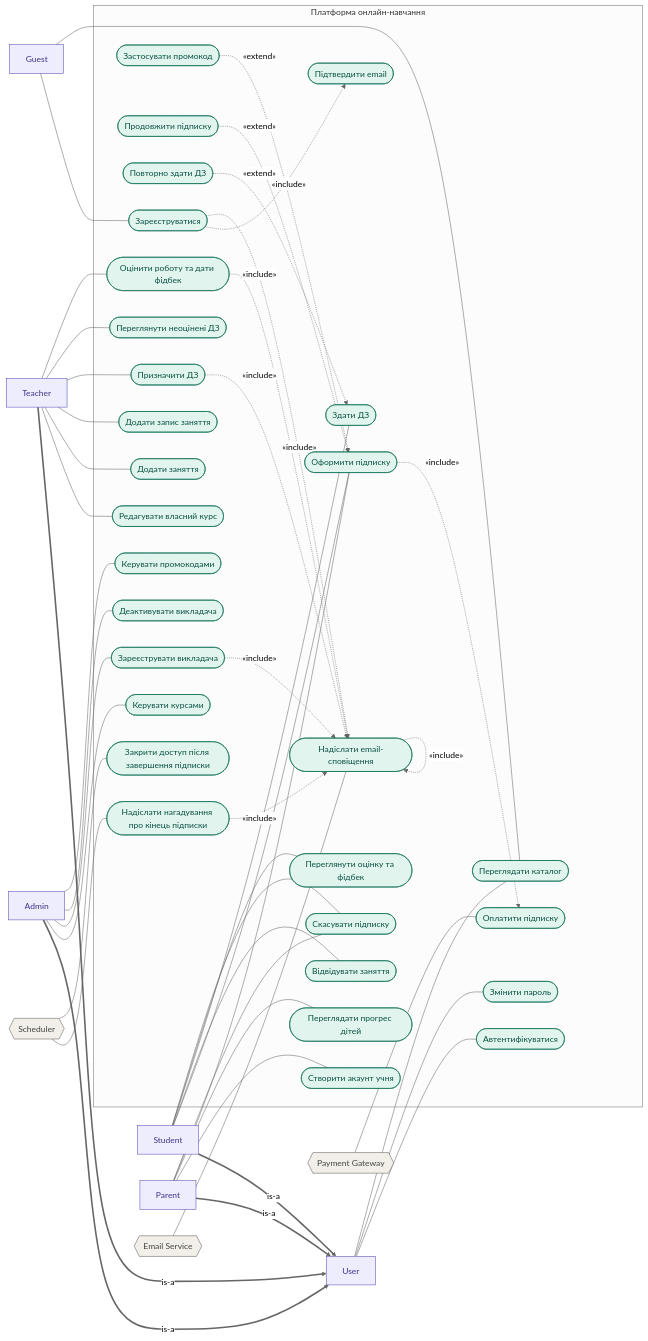
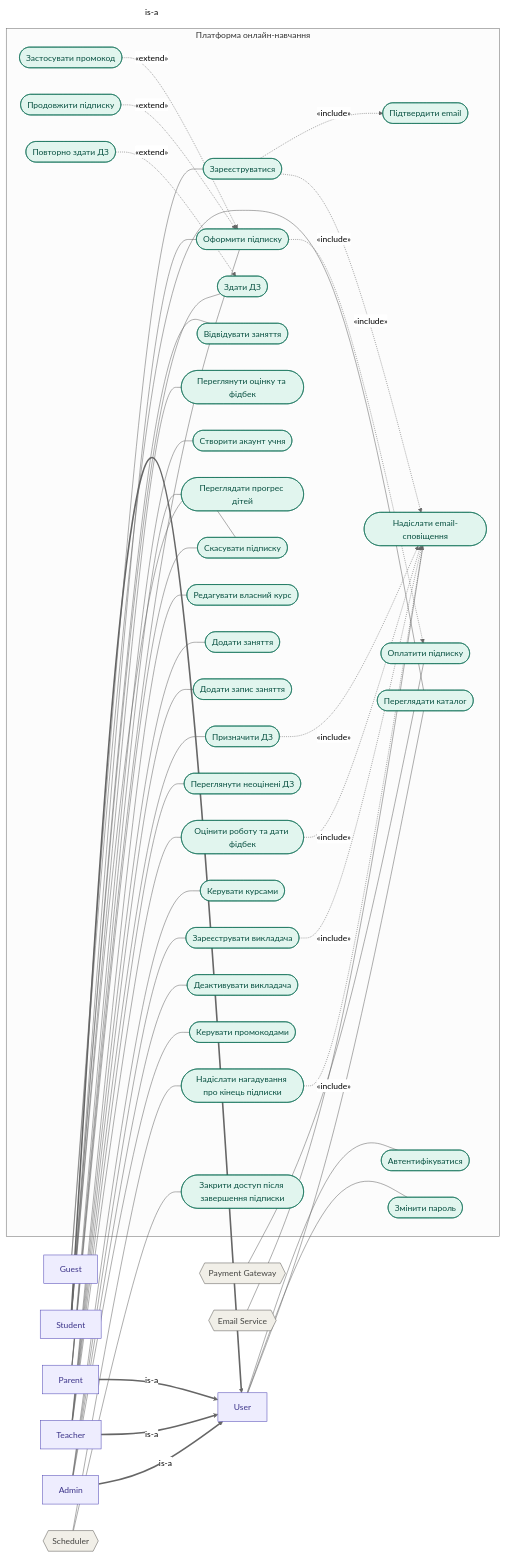
Before and after one commit to grmaryna/MathHub: the diagram in Use Cases/use-case-diagram.mmd, drawn with Mermaid (neutral theme). The commit also changed 3 other files, not shown here.

```diff
--- a/Use Cases/use-case-diagram.mmd
+++ b/Use Cases/use-case-diagram.mmd
@@ -1,97 +1,96 @@
 flowchart LR
   U["User"]:::human
   G["Guest"]:::human
   S["Student"]:::human
   P["Parent"]:::human
   T["Teacher"]:::human
   A["Admin"]:::human
   PG{{"Payment Gateway"}}:::system
   ES{{"Email Service"}}:::system
   SCH{{"Scheduler"}}:::system
 
   S -->|"is-a"| U
   P -->|"is-a"| U
   T -->|"is-a"| U
   A -->|"is-a"| U
 
   subgraph SYS["Платформа онлайн-навчання"]
     UC1(["Зареєструватися"]):::uc
     UC2(["Підтвердити email"]):::uc
     UC3(["Автентифікуватися"]):::uc
     UC4(["Змінити пароль"]):::uc
     UC5(["Створити акаунт учня"]):::uc
     UC6(["Переглядати прогрес дітей"]):::uc
     UC7(["Оформити підписку"]):::uc
     UC8(["Оплатити підписку"]):::uc
     UC9(["Застосувати промокод"]):::uc
     UC10(["Продовжити підписку"]):::uc
     UC11(["Відвідувати заняття"]):::uc
     UC12(["Здати ДЗ"]):::uc
     UC13(["Повторно здати ДЗ"]):::uc
     UC14(["Переглянути оцінку та фідбек"]):::uc
     UC15(["Редагувати власний курс"]):::uc
     UC16(["Додати заняття"]):::uc
     UC17(["Додати запис заняття"]):::uc
     UC18(["Призначити ДЗ"]):::uc
     UC19(["Переглянути неоцінені ДЗ"]):::uc
     UC20(["Оцінити роботу та дати фідбек"]):::uc
     UC21(["Керувати курсами"]):::uc
     UC22(["Зареєструвати викладача"]):::uc
     UC23(["Деактивувати викладача"]):::uc
     UC24(["Керувати промокодами"]):::uc
     UC25(["Надіслати email-сповіщення"]):::uc
     UC26(["Надіслати нагадування про кінець підписки"]):::uc
     UC27(["Переглядати каталог"]):::uc
     UC28(["Скасувати підписку"]):::uc
     UC29(["Закрити доступ після завершення підписки"]):::uc
   end
 
   %% Асоціації
   G --- UC1
   G --- UC27
   U --- UC3
   U --- UC4
   U --- UC27
   P --- UC5
   P --- UC6
   P --- UC7
   P --- UC28
   S --- UC7
   S --- UC11
   S --- UC12
   S --- UC14
   S --- UC28
   T --- UC15
   T --- UC16
   T --- UC17
   T --- UC18
   T --- UC19
   T --- UC20
   A --- UC21
   A --- UC22
   A --- UC23
   A --- UC24
   PG --- UC8
   ES --- UC25
   SCH --- UC26
   SCH --- UC29
 
   %% include: базовий UC -> включений
   UC1 -.->|"«include»"| UC2
   UC1 -.->|"«include»"| UC25
   UC7 -.->|"«include»"| UC8
   UC18 -.->|"«include»"| UC25
   UC20 -.->|"«include»"| UC25
   UC22 -.->|"«include»"| UC25
   UC26 -.->|"«include»"| UC25
-  UC25 -.->|"«include»"| UC25
 
   %% extend: розширення -> базовий UC
   UC9 -.->|"«extend»"| UC7
   UC10 -.->|"«extend»"| UC7
   UC13 -.->|"«extend»"| UC12
 
   linkStyle 0,1,2,3 stroke-width:3px
   classDef human fill:#EEEDFE,stroke:#534AB7,color:#3C3489
   classDef system fill:#F1EFE8,stroke:#5F5E5A,color:#444441
   classDef uc fill:#E1F5EE,stroke:#0F6E56,color:#085041
```
